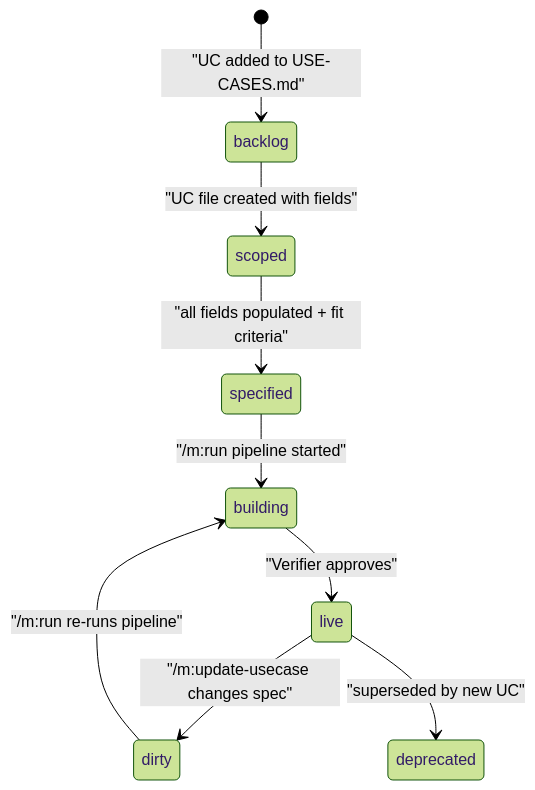
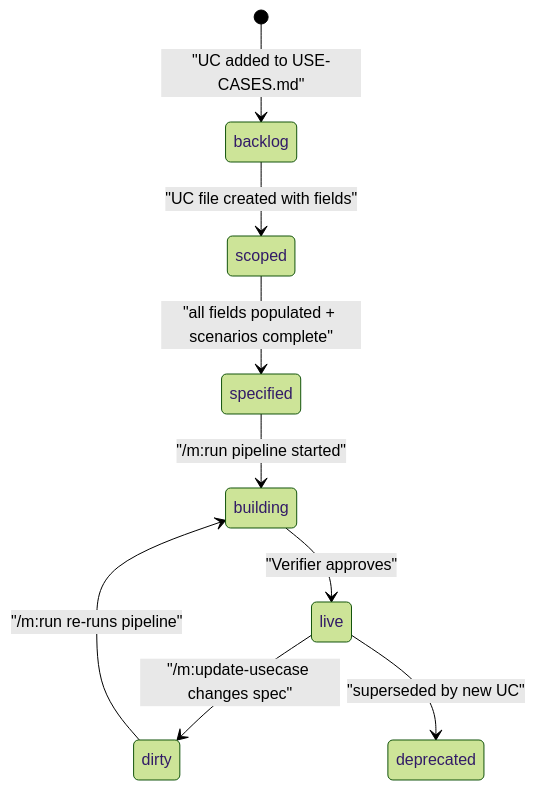
Before and after one commit to MolcajeteAI/plugin: the fifth of 5 diagrams in prd/specs/20260317-0316-v3_spec_system/spec.md, drawn with Mermaid (forest theme). The commit also changed other lines of this file and 6 other files, not shown here.

````diff
--- a/prd/specs/20260317-0316-v3_spec_system/spec.md
+++ b/prd/specs/20260317-0316-v3_spec_system/spec.md
@@ -990,11 +1012,11 @@
 ```mermaid
 stateDiagram-v2
     [*] --> backlog : "UC added to USE-CASES.md"
     backlog --> scoped : "UC file created with fields"
-    scoped --> specified : "all fields populated + fit criteria"
+    scoped --> specified : "all fields populated + scenarios complete"
     specified --> building : "/m:run pipeline started"
     building --> live : "Verifier approves"
     live --> dirty : "/m:update-usecase changes spec"
     dirty --> building : "/m:run re-runs pipeline"
     live --> deprecated : "superseded by new UC"
 ```
````
